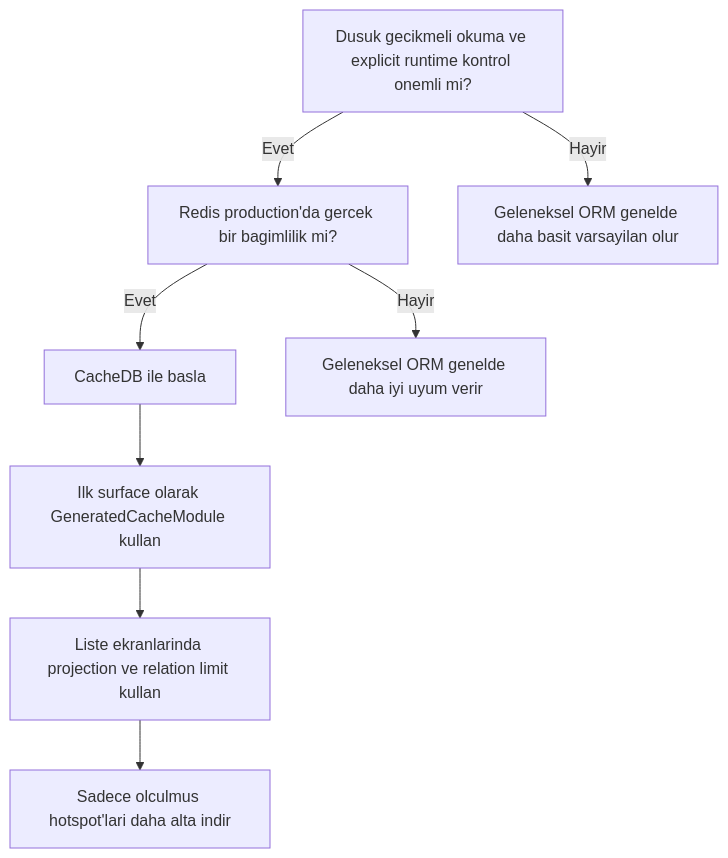
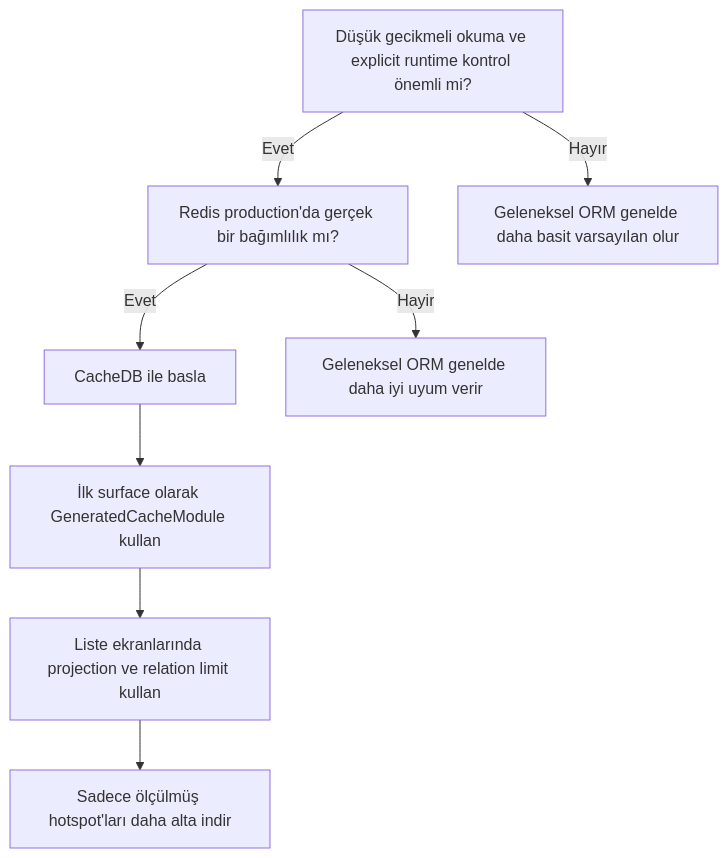
Before and after one commit to esasmer-dou/cache-database: the diagram in tr/README.md, drawn with Mermaid. The commit also changed other lines of this file and 19 other files, not shown here.

````diff
--- a/tr/README.md
+++ b/tr/README.md
@@ -222,10 +231,10 @@
 ```mermaid
 flowchart TD
-    A["Dusuk gecikmeli okuma ve explicit runtime kontrol onemli mi?"] -->|Evet| B["Redis production'da gercek bir bagimlilik mi?"]
-    A -->|Hayir| C["Geleneksel ORM genelde daha basit varsayilan olur"]
+    A["Düşük gecikmeli okuma ve explicit runtime kontrol önemli mi?"] -->|Evet| B["Redis production'da gerçek bir bağımlılık mı?"]
+    A -->|Hayır| C["Geleneksel ORM genelde daha basit varsayılan olur"]
     B -->|Evet| D["CacheDB ile basla"]
     B -->|Hayir| E["Geleneksel ORM genelde daha iyi uyum verir"]
-    D --> F["Ilk surface olarak GeneratedCacheModule kullan"]
-    F --> G["Liste ekranlarinda projection ve relation limit kullan"]
-    G --> H["Sadece olculmus hotspot'lari daha alta indir"]
+    D --> F["İlk surface olarak GeneratedCacheModule kullan"]
+    F --> G["Liste ekranlarında projection ve relation limit kullan"]
+    G --> H["Sadece ölçülmüş hotspot'ları daha alta indir"]
 ```
````
